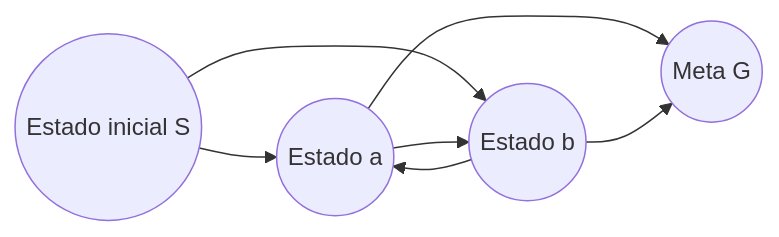
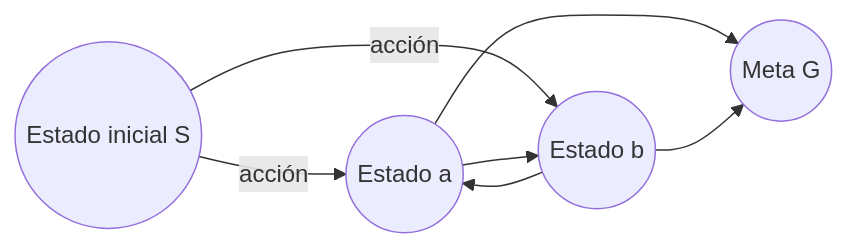
The first of 6 diagrams in content/Inteligencia_Artificial/2026-08-13 IA - Resolviendo problemas con busqueda.md (DiegoViillalba/pcic-notas-master-ia), drawn with Mermaid before and after one commit. The commit also changed other lines of this file and 24 other files, not shown here.

````diff
--- a/content/Inteligencia_Artificial/2026-08-13 IA - Resolviendo problemas con busqueda.md
+++ b/content/Inteligencia_Artificial/2026-08-13 IA - Resolviendo problemas con busqueda.md
@@ -118,9 +328,9 @@
 ```mermaid
 flowchart LR
-    S(("Estado inicial S")) --> A(("Estado a"))
-    S --> B(("Estado b"))
+    S(("Estado inicial S")) -->|acción| A(("Estado a"))
+    S -->|acción| B(("Estado b"))
     A --> B
     B --> A
     A --> G(("Meta G"))
     B --> G
 ```
````
